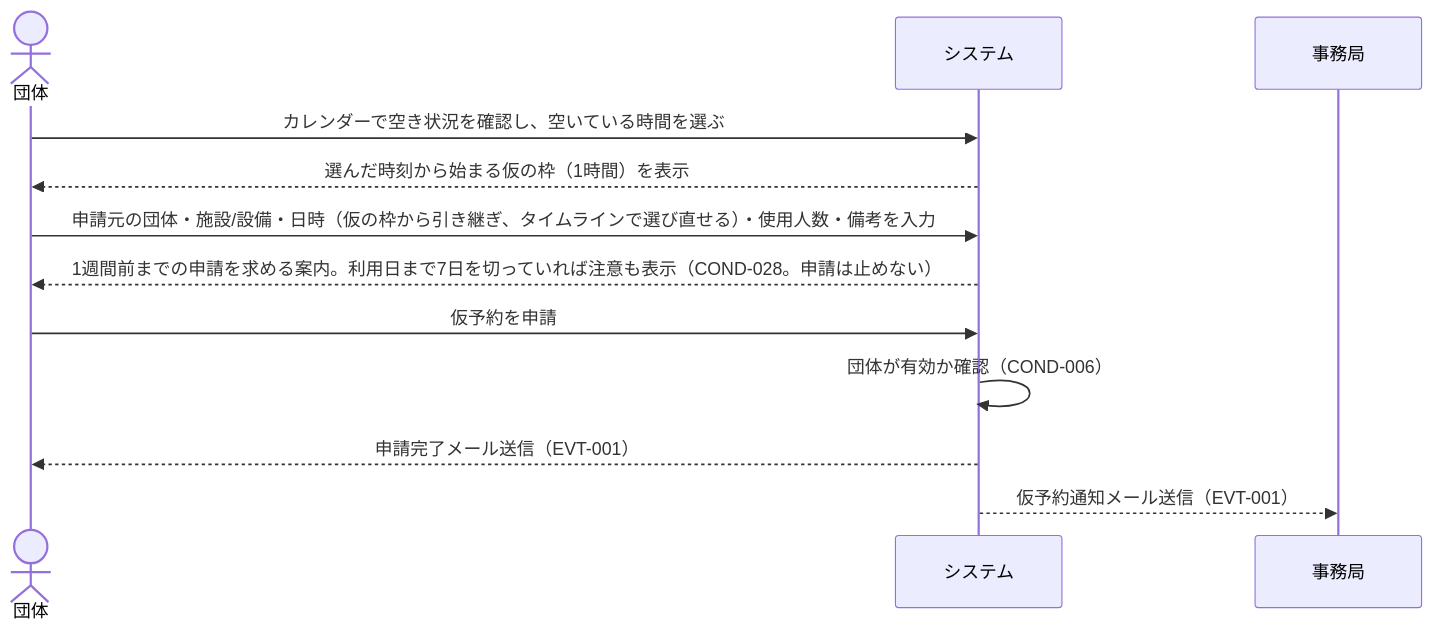
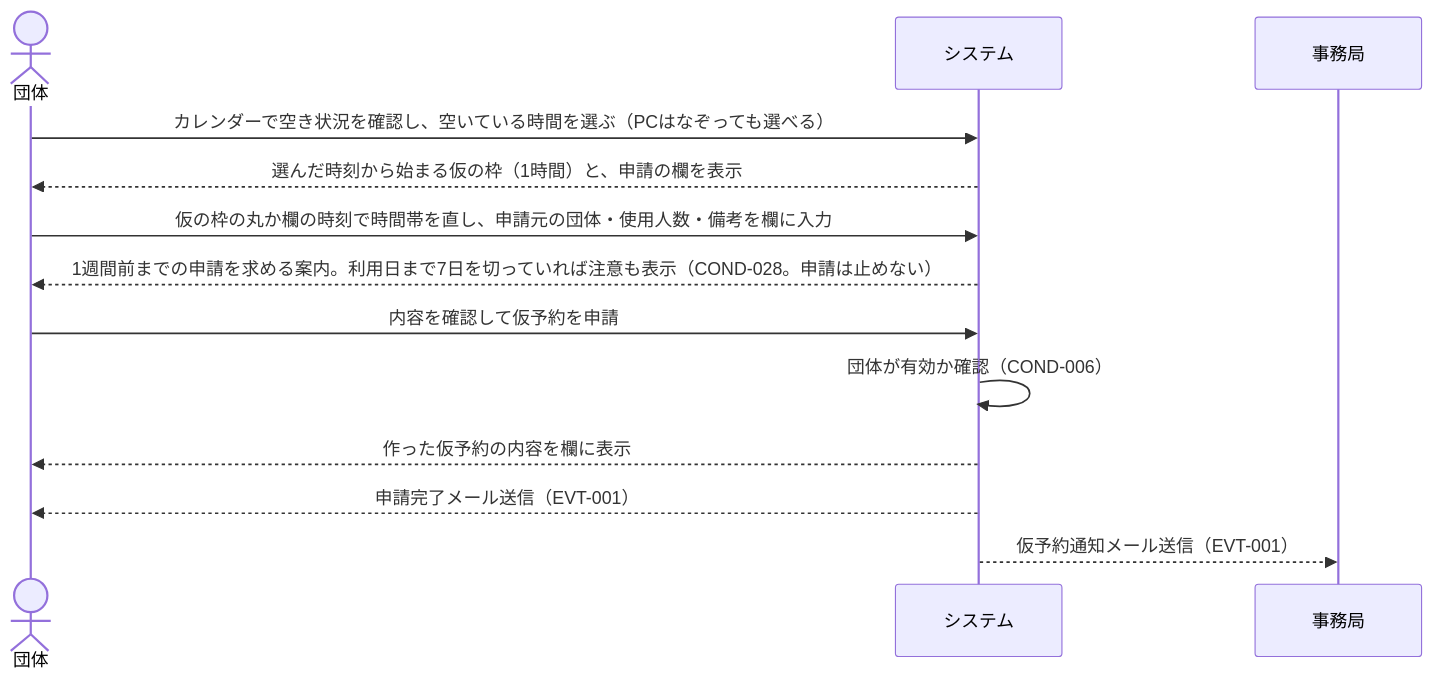
Before and after one commit to gdsc-osaka/iclub-reserve: the third of 8 diagrams in rdra/contexts/reservation-application.md, drawn with Mermaid. The commit also changed other lines of this file and 4 other files, not shown here.

````diff
--- a/rdra/contexts/reservation-application.md
+++ b/rdra/contexts/reservation-application.md
@@ -270,15 +270,16 @@
 ```mermaid
 sequenceDiagram
     actor 団体
     participant システム
     participant 事務局
 
-    団体->>システム: カレンダーで空き状況を確認し、空いている時間を選ぶ
-    システム-->>団体: 選んだ時刻から始まる仮の枠（1時間）を表示
-    団体->>システム: 申請元の団体・施設/設備・日時（仮の枠から引き継ぎ、タイムラインで選び直せる）・使用人数・備考を入力
+    団体->>システム: カレンダーで空き状況を確認し、空いている時間を選ぶ（PCはなぞっても選べる）
+    システム-->>団体: 選んだ時刻から始まる仮の枠（1時間）と、申請の欄を表示
+    団体->>システム: 仮の枠の丸か欄の時刻で時間帯を直し、申請元の団体・使用人数・備考を欄に入力
     システム-->>団体: 1週間前までの申請を求める案内。利用日まで7日を切っていれば注意も表示（COND-028。申請は止めない）
-    団体->>システム: 仮予約を申請
+    団体->>システム: 内容を確認して仮予約を申請
     システム->>システム: 団体が有効か確認（COND-006）
+    システム-->>団体: 作った仮予約の内容を欄に表示
     システム-->>団体: 申請完了メール送信（EVT-001）
     システム-->>事務局: 仮予約通知メール送信（EVT-001）
 ```
````
